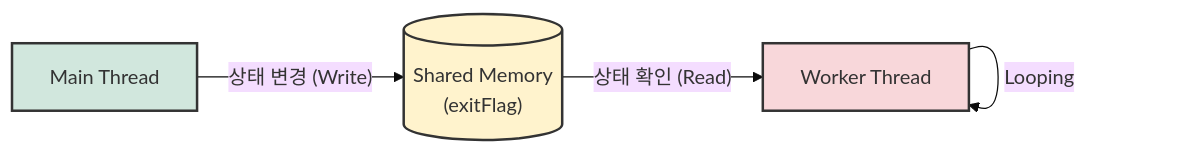
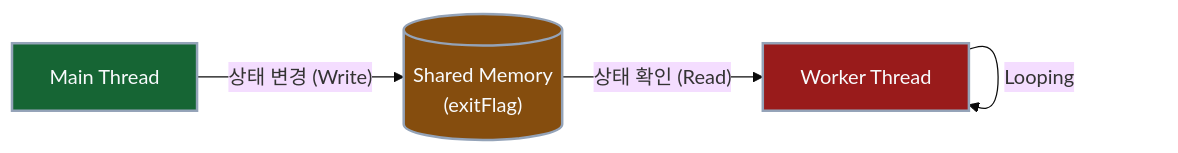
One commit to Kang-Hyesung/kang-hyesung.github.io changed the diagram in _posts/java/13-스레드_제어_및_기초적_동기화/2026-03-17-플래그-변수로-종료-시점-동기화.md. Above: the diagram before and after it, drawn with Mermaid (base theme). The commit also changed 74 other files, not shown here.

Commit message:
docs: update post visibility and mermaid colors

````diff
--- a/_posts/java/13-스레드_제어_및_기초적_동기화/2026-03-17-플래그-변수로-종료-시점-동기화.md
+++ b/_posts/java/13-스레드_제어_및_기초적_동기화/2026-03-17-플래그-변수로-종료-시점-동기화.md
@@ -18,11 +18,11 @@
 ```mermaid
 graph LR
     A["Main Thread"] -- "상태 변경 (Write)" --> C[("Shared Memory\n(exitFlag)")]
     C -- "상태 확인 (Read)" --> B["Worker Thread"]
     B -- "Looping" --> B
 
     %% 스타일 정의
-    style A fill:#d1e7dd,stroke:#333,stroke-width:2px
-    style B fill:#f8d7da,stroke:#333,stroke-width:2px
-    style C fill:#fff3cd,stroke:#333,stroke-width:2px
+    style A fill:#166534,stroke:#94a3b8,stroke-width:2px,color:#f8fafc
+    style B fill:#991b1b,stroke:#94a3b8,stroke-width:2px,color:#f8fafc
+    style C fill:#854d0e,stroke:#94a3b8,stroke-width:2px,color:#f8fafc
 ```
````
